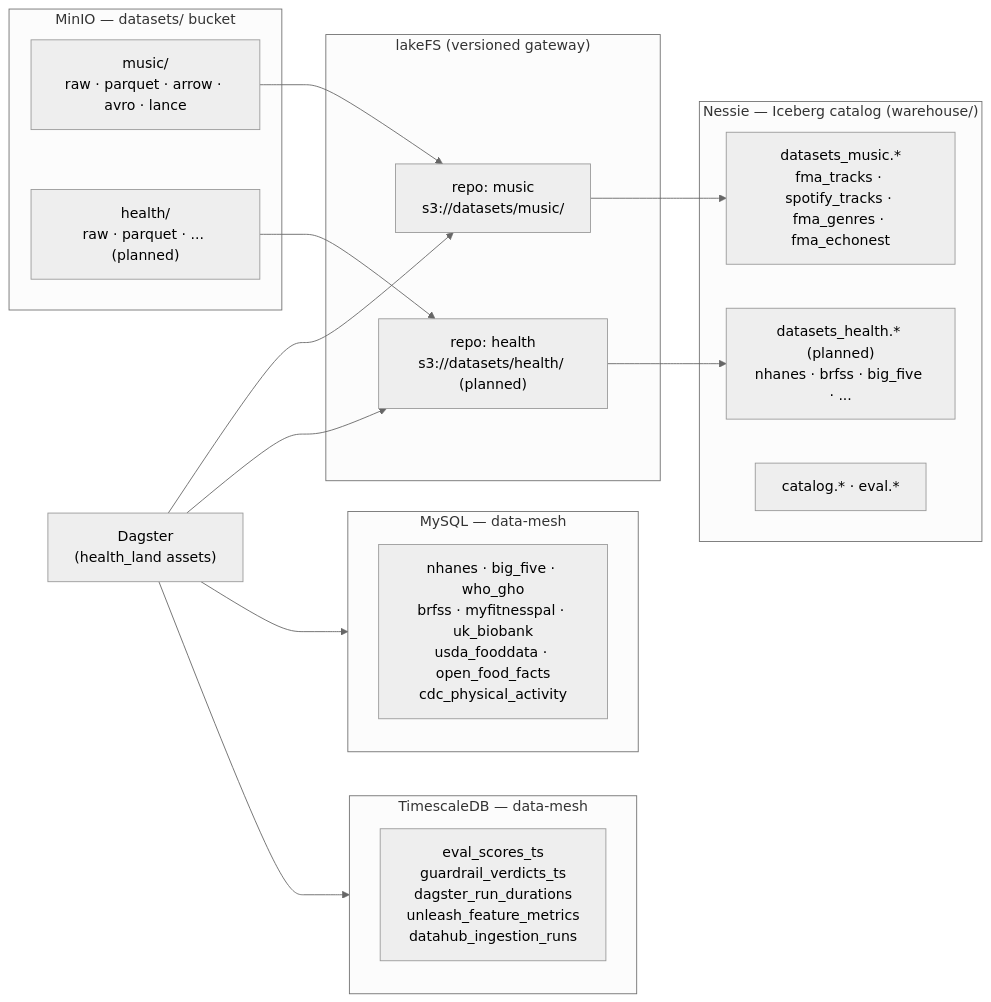
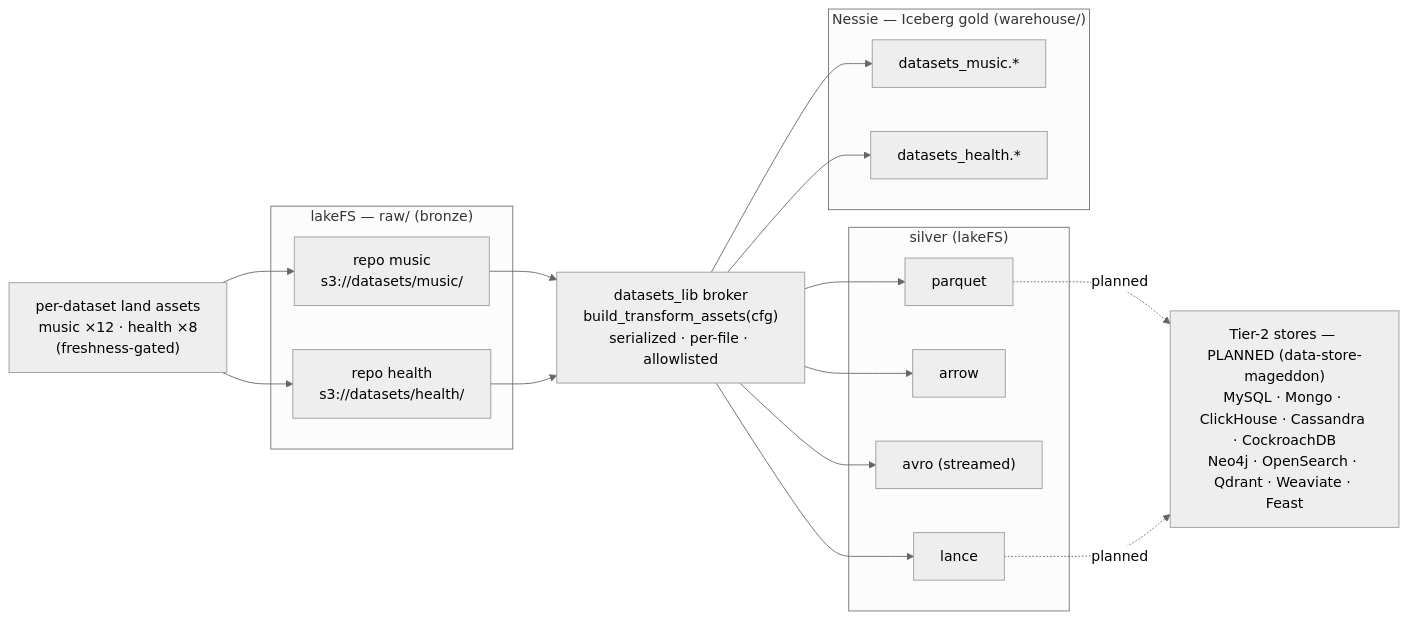
The third of 3 diagrams in docs/arch.md (edtbl76/weyland-lab), drawn with Mermaid (neutral theme) before and after one commit. The commit also changed other lines of this file and 6 other files, not shown here.

Commit message:
Refactored documentation to reflect the unified `datasets_lib`, updated lakehouse structure for music and health domains, detailed new asset workflows (land → silver → gold), and clarified Iceberg table naming conventions.

````diff
--- a/docs/arch.md
+++ b/docs/arch.md
@@ -333,28 +339,32 @@
 ```mermaid
 flowchart LR
-  subgraph MinIO["MinIO — datasets/ bucket"]
-    MUS["music/\nraw · parquet · arrow · avro · lance"]
-    HLT["health/\nraw · parquet · ... (planned)"]
+  LAND["per-dataset land assets\nmusic ×12 · health ×8\n(freshness-gated)"]
+  subgraph LakeFS["lakeFS — raw/ (bronze)"]
+    LM["repo music\ns3://datasets/music/"]
+    LH["repo health\ns3://datasets/health/"]
   end
-  subgraph LakeFS["lakeFS (versioned gateway)"]
-    LM["repo: music\ns3://datasets/music/"]
-    LH["repo: health\ns3://datasets/health/ (planned)"]
+  BROKER["datasets_lib broker\nbuild_transform_assets(cfg)\nserialized · per-file · allowlisted"]
+  subgraph Silver["silver (lakeFS)"]
+    PQ["parquet"]
+    AR["arrow"]
+    AV["avro (streamed)"]
+    LN["lance"]
   end
-  subgraph Nessie["Nessie — Iceberg catalog (warehouse/)"]
-    NM["datasets_music.*\nfma_tracks · spotify_tracks · fma_genres · fma_echonest"]
-    NH["datasets_health.* (planned)\nnhanes · brfss · big_five · ..."]
-    NC["catalog.* · eval.*"]
+  subgraph Nessie["Nessie — Iceberg gold (warehouse/)"]
+    NM["datasets_music.*"]
+    NH["datasets_health.*"]
   end
-  subgraph MySQL["MySQL — data-mesh"]
-    MY["nhanes · big_five · who_gho\nbrfss · myfitnesspal · uk_biobank\nusda_fooddata · open_food_facts\ncdc_physical_activity"]
-  end
-  subgraph TSDB["TimescaleDB — data-mesh"]
-    TS["eval_scores_ts\nguardrail_verdicts_ts\ndagster_run_durations\nunleash_feature_metrics\ndatahub_ingestion_runs"]
-  end
-  MUS --> LM --> NM
-  HLT --> LH --> NH
-  Dagster["Dagster\n(health_land assets)"] --> MySQL
-  Dagster --> TSDB
-  Dagster --> LM
-  Dagster --> LH
+  STORES["Tier-2 stores — PLANNED (data-store-mageddon)\nMySQL · Mongo · ClickHouse · Cassandra · CockroachDB\nNeo4j · OpenSearch · Qdrant · Weaviate · Feast"]
+  LAND --> LM
+  LAND --> LH
+  LM --> BROKER
+  LH --> BROKER
+  BROKER --> PQ
+  BROKER --> AR
+  BROKER --> AV
+  BROKER --> LN
+  BROKER --> NM
+  BROKER --> NH
+  PQ -. planned .-> STORES
+  LN -. planned .-> STORES
 ```
````
